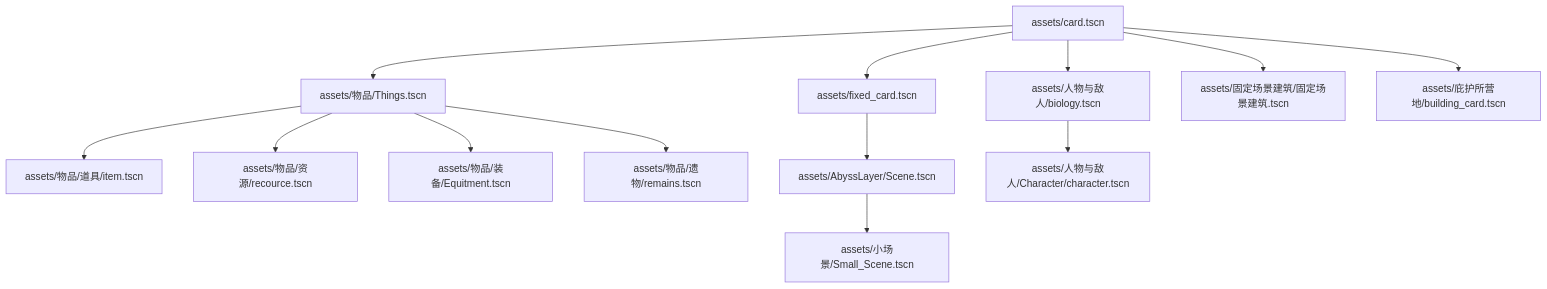
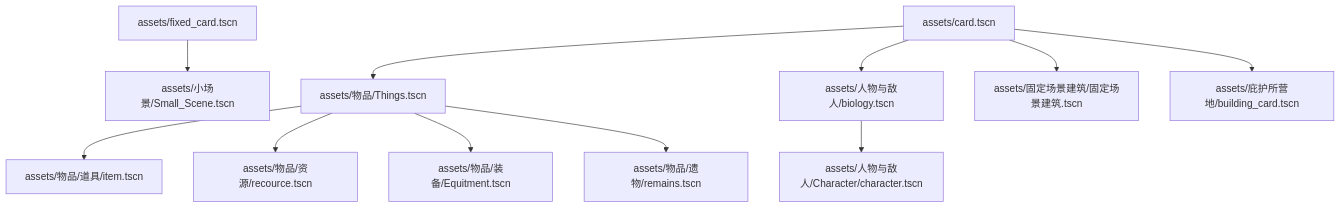
Before and after one commit to three950/godot: the third of 3 diagrams in .agents/skills/2d-scene-data-and-card-generation/references/09-card-inheritance-and-feature-deltas.md, drawn with Mermaid. The commit also changed other lines of this file and 20 other files, not shown here.

````diff
--- a/.agents/skills/2d-scene-data-and-card-generation/references/09-card-inheritance-and-feature-deltas.md
+++ b/.agents/skills/2d-scene-data-and-card-generation/references/09-card-inheritance-and-feature-deltas.md
@@ -48,18 +47,17 @@
 ```mermaid
 graph TD
   CardScene["assets/card.tscn"] --> ThingsScene["assets/物品/Things.tscn"]
   ThingsScene --> ItemScene["assets/物品/道具/item.tscn"]
   ThingsScene --> ResourceScene["assets/物品/资源/recource.tscn"]
   ThingsScene --> EquipmentScene["assets/物品/装备/Equitment.tscn"]
   ThingsScene --> RemainsScene["assets/物品/遗物/remains.tscn"]
 
-  CardScene --> FixedCard["assets/fixed_card.tscn"]
-  FixedCard --> AbyssScene["assets/AbyssLayer/Scene.tscn"]
-  AbyssScene --> SmallScene["assets/小场景/Small_Scene.tscn"]
+  FixedCard["assets/fixed_card.tscn"]
+  FixedCard --> SmallScene["assets/小场景/Small_Scene.tscn"]
 
   CardScene --> Biology["assets/人物与敌人/biology.tscn"]
   Biology --> Character["assets/人物与敌人/Character/character.tscn"]
 
   CardScene --> FixedBuilding["assets/固定场景建筑/固定场景建筑.tscn"]
   CardScene --> CampBuilding["assets/庇护所营地/building_card.tscn"]
 ```
````
